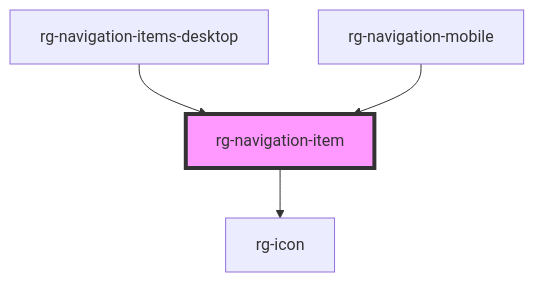
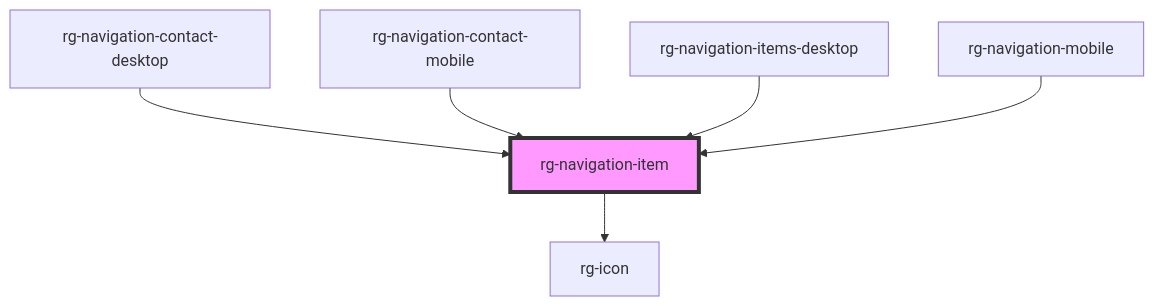
The diagram in src/components/navigation-item/readme.md (tomas862/regila-ui), drawn with Mermaid before and after one commit. The commit also changed other lines of this file and 24 other files, not shown here.

````diff
--- a/src/components/navigation-item/readme.md
+++ b/src/components/navigation-item/readme.md
@@ -30,7 +32,9 @@
 ```mermaid
 graph TD;
   rg-navigation-item --> rg-icon
+  rg-navigation-contact-desktop --> rg-navigation-item
+  rg-navigation-contact-mobile --> rg-navigation-item
   rg-navigation-items-desktop --> rg-navigation-item
   rg-navigation-mobile --> rg-navigation-item
   style rg-navigation-item fill:#f9f,stroke:#333,stroke-width:4px
 ```
````
